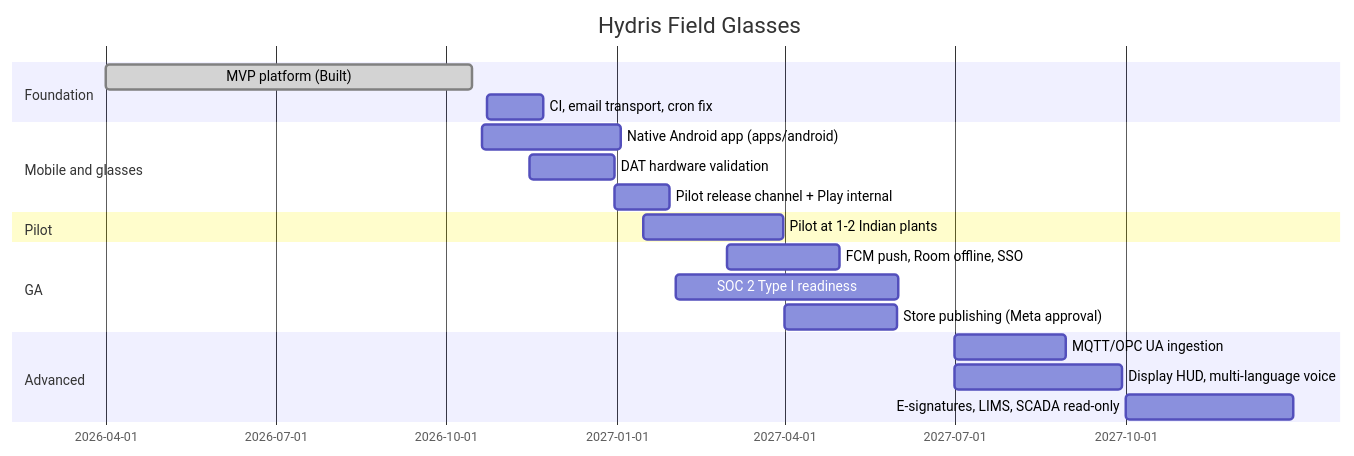
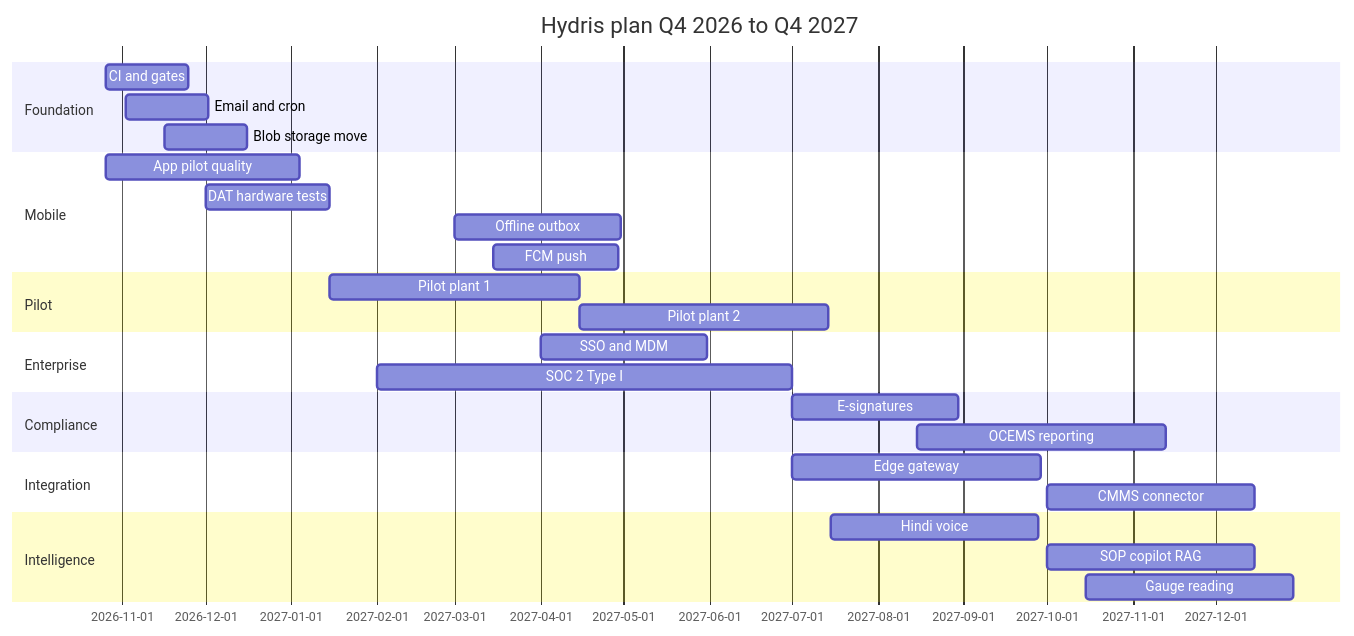
Before and after one commit to tarun-km/hydrisview: the fourth of 17 diagrams in docs/product/ROADMAP.md, drawn with Mermaid. The commit also changed other lines of this file and 78 other files, not shown here.

````diff
--- a/docs/product/ROADMAP.md
+++ b/docs/product/ROADMAP.md
@@ -5,22 +176,31 @@
 ```mermaid
+%% caption: Quarter plan as a Gantt chart (plan; bars are estimates)
 gantt
   dateFormat YYYY-MM-DD
-  title Hydris Field Glasses
+  title Hydris plan Q4 2026 to Q4 2027
   section Foundation
-  MVP platform (Built)                 :done, a1, 2026-04-01, 2026-10-15
-  CI, email transport, cron fix         :a2, 2026-10-23, 30d
-  section Mobile and glasses
-  Native Android app (apps/android)     :b1, 2026-10-20, 75d
-  DAT hardware validation               :b2, 2026-11-15, 45d
-  Pilot release channel + Play internal :b3, after b2, 30d
+  CI and gates          :a1, 2026-10-26, 30d
+  Email and cron        :a2, 2026-11-02, 30d
+  Blob storage move     :a3, 2026-11-16, 30d
+  section Mobile
+  App pilot quality     :b1, 2026-10-26, 70d
+  DAT hardware tests    :b2, 2026-12-01, 45d
+  Offline outbox        :b3, 2027-03-01, 60d
+  FCM push              :b4, 2027-03-15, 45d
   section Pilot
-  Pilot at 1-2 Indian plants            :c1, 2027-01-15, 75d
-  section GA
-  FCM push, Room offline, SSO           :d1, 2027-03-01, 60d
-  SOC 2 Type I readiness                :d2, 2027-02-01, 120d
-  Store publishing (Meta approval)      :d3, 2027-04-01, 60d
-  section Advanced
-  MQTT/OPC UA ingestion                 :e1, 2027-07-01, 60d
-  Display HUD, multi-language voice      :e2, 2027-07-01, 90d
-  E-signatures, LIMS, SCADA read-only    :e3, 2027-10-01, 90d
+  Pilot plant 1         :c1, 2027-01-15, 90d
+  Pilot plant 2         :c2, 2027-04-15, 90d
+  section Enterprise
+  SSO and MDM           :d1, 2027-04-01, 60d
+  SOC 2 Type I          :d2, 2027-02-01, 150d
+  section Compliance
+  E-signatures          :e1, 2027-07-01, 60d
+  OCEMS reporting       :e2, 2027-08-15, 90d
+  section Integration
+  Edge gateway          :f1, 2027-07-01, 90d
+  CMMS connector        :f2, 2027-10-01, 75d
+  section Intelligence
+  Hindi voice           :g1, 2027-07-15, 75d
+  SOP copilot RAG       :g2, 2027-10-01, 75d
+  Gauge reading         :g3, 2027-10-15, 75d
 ```
````
